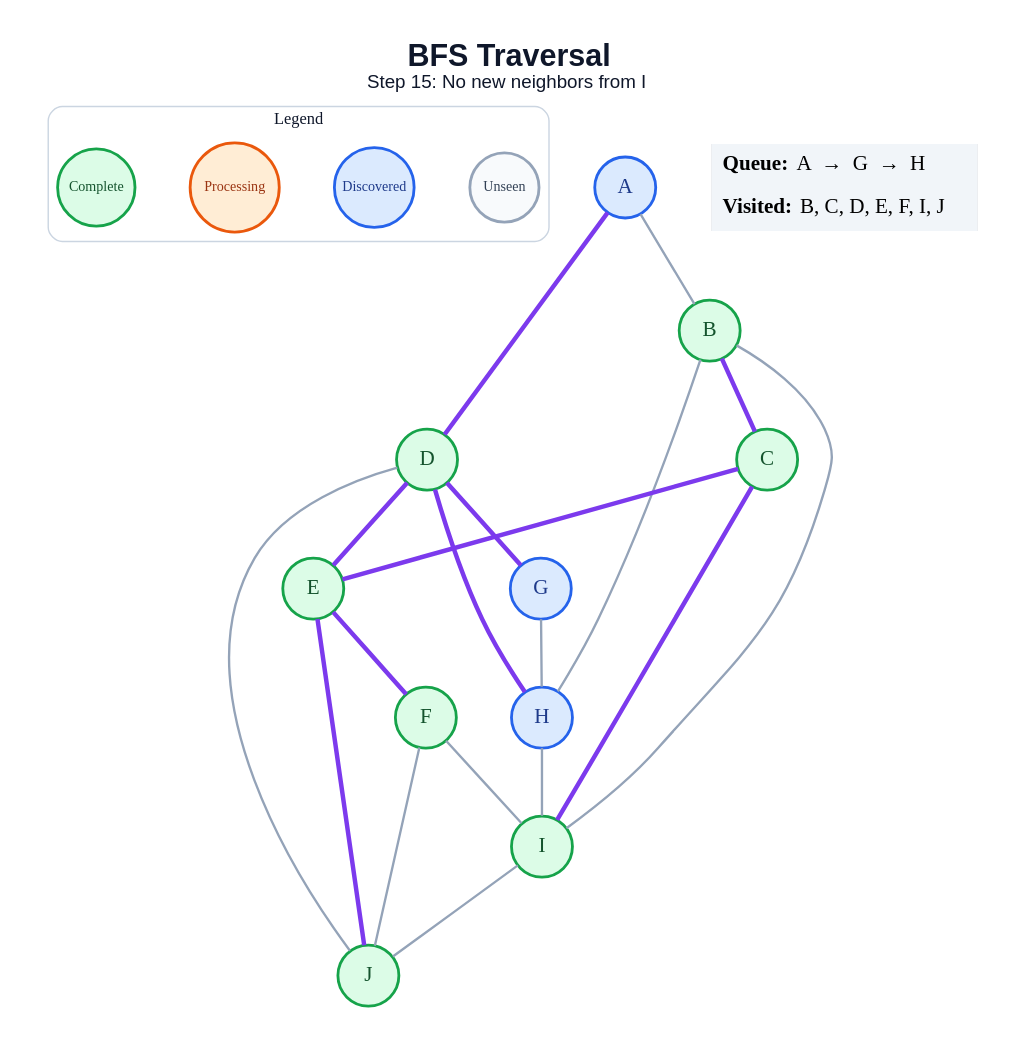
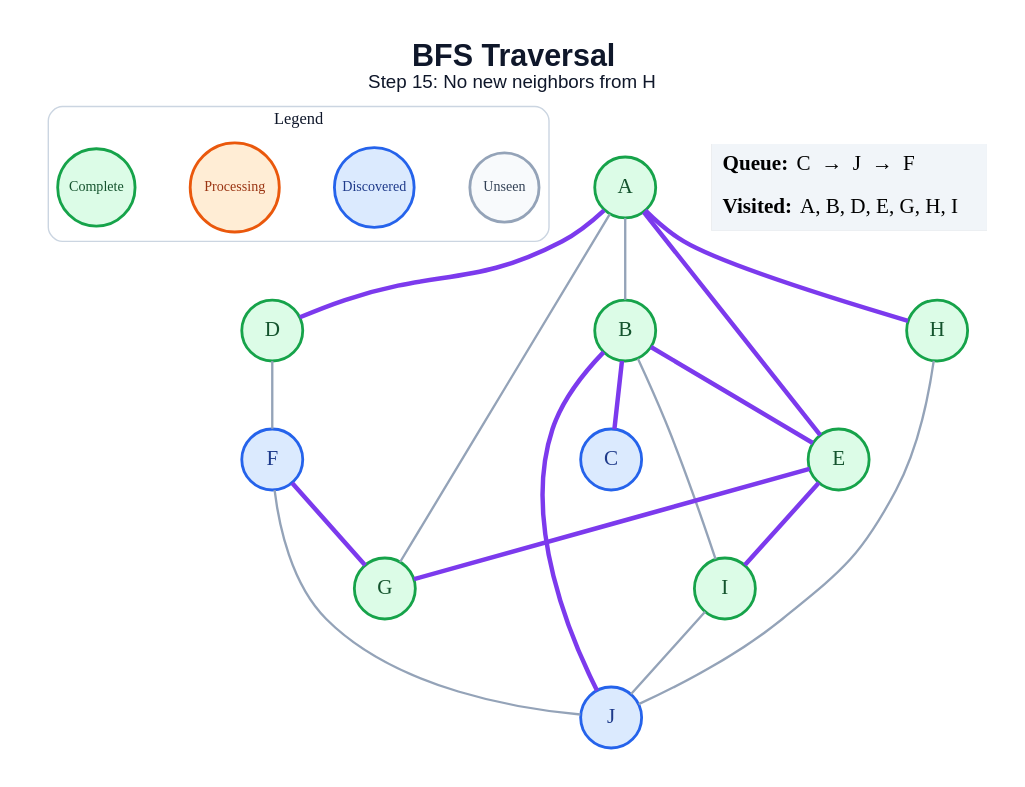
One commit to amanghodawala9/ai-slop changed the diagram in generated/specific-node/bfs/step_15.dot. Above: the diagram before and after it, drawn with Graphviz. The commit also changed 178 other files, not shown here.

```diff
--- a/generated/specific-node/bfs/step_15.dot
+++ b/generated/specific-node/bfs/step_15.dot
@@ -1,47 +1,45 @@
 graph traversal {
   graph [layout=dot, rankdir=TB, bgcolor="#FFFFFF", pad="0.35", nodesep="0.65", ranksep="0.8", fontname="Arial"];
   node [shape=circle, style="filled", fontname="Arial Bold", fontsize=18, width=0.72, fixedsize=true, penwidth=2.4];
   edge [color="#94A3B8", penwidth=2.0];
-  label=<<B>BFS Traversal</B><BR/><FONT POINT-SIZE="16">Step 15: No new neighbors from I</FONT>>; labelloc="t"; fontsize=26; fontname="Arial"; fontcolor="#0F172A";
+  label=<<B>BFS Traversal</B><BR/><FONT POINT-SIZE="16">Step 15: No new neighbors from H</FONT>>; labelloc="t"; fontsize=26; fontname="Arial"; fontcolor="#0F172A";
   subgraph cluster_legend { label="Legend"; color="#CBD5E1"; penwidth=1.2; style="rounded"; fontsize=14; fontname="Arial Bold";
     key_unseen [label="Unseen", fillcolor="#F8FAFC", color="#94A3B8", fontcolor="#334155", fontsize=12, width=0.82];
     key_frontier [label="Discovered", fillcolor="#DBEAFE", color="#2563EB", fontcolor="#1E3A8A", fontsize=12, width=0.95];
     key_current [label="Processing", fillcolor="#FFEDD5", color="#EA580C", fontcolor="#9A3412", fontsize=12, width=1.05];
     key_done [label="Complete", fillcolor="#DCFCE7", color="#16A34A", fontcolor="#14532D", fontsize=12, width=0.92];
     { rank=same; key_unseen; key_frontier; key_current; key_done; }
   }
-  A [fillcolor="#DBEAFE", color="#2563EB", fontcolor="#1E3A8A"];
+  A [fillcolor="#DCFCE7", color="#16A34A", fontcolor="#14532D"];
   B [fillcolor="#DCFCE7", color="#16A34A", fontcolor="#14532D"];
-  C [fillcolor="#DCFCE7", color="#16A34A", fontcolor="#14532D"];
+  C [fillcolor="#DBEAFE", color="#2563EB", fontcolor="#1E3A8A"];
   D [fillcolor="#DCFCE7", color="#16A34A", fontcolor="#14532D"];
   E [fillcolor="#DCFCE7", color="#16A34A", fontcolor="#14532D"];
-  F [fillcolor="#DCFCE7", color="#16A34A", fontcolor="#14532D"];
-  G [fillcolor="#DBEAFE", color="#2563EB", fontcolor="#1E3A8A"];
-  H [fillcolor="#DBEAFE", color="#2563EB", fontcolor="#1E3A8A"];
+  F [fillcolor="#DBEAFE", color="#2563EB", fontcolor="#1E3A8A"];
+  G [fillcolor="#DCFCE7", color="#16A34A", fontcolor="#14532D"];
+  H [fillcolor="#DCFCE7", color="#16A34A", fontcolor="#14532D"];
   I [fillcolor="#DCFCE7", color="#16A34A", fontcolor="#14532D"];
-  J [fillcolor="#DCFCE7", color="#16A34A", fontcolor="#14532D"];
+  J [fillcolor="#DBEAFE", color="#2563EB", fontcolor="#1E3A8A"];
   A -- B;
   A -- D [color="#7C3AED", penwidth=3.8];
+  A -- E [color="#7C3AED", penwidth=3.8];
+  A -- G;
+  A -- H [color="#7C3AED", penwidth=3.8];
   B -- C [color="#7C3AED", penwidth=3.8];
-  B -- H;
+  B -- E [color="#7C3AED", penwidth=3.8];
   B -- I;
-  C -- E [color="#7C3AED", penwidth=3.8];
-  C -- I [color="#7C3AED", penwidth=3.8];
-  D -- E [color="#7C3AED", penwidth=3.8];
-  D -- G [color="#7C3AED", penwidth=3.8];
-  D -- H [color="#7C3AED", penwidth=3.8];
-  D -- J;
-  E -- F [color="#7C3AED", penwidth=3.8];
-  E -- J [color="#7C3AED", penwidth=3.8];
-  F -- I;
+  B -- J [color="#7C3AED", penwidth=3.8];
+  D -- F;
+  E -- G [color="#7C3AED", penwidth=3.8];
+  E -- I [color="#7C3AED", penwidth=3.8];
+  F -- G [color="#7C3AED", penwidth=3.8];
   F -- J;
-  G -- H;
-  H -- I;
+  H -- J;
   I -- J;
   status [shape=plain, fixedsize=false, width=0, height=0, margin=0, label=<
     <TABLE BORDER="0" CELLBORDER="0" CELLPADDING="7" BGCOLOR="#F1F5F9">
-      <TR><TD ALIGN="LEFT"><B>Queue:</B> A  →  G  →  H</TD></TR>
-      <TR><TD ALIGN="LEFT"><B>Visited:</B> B, C, D, E, F, I, J</TD></TR>
+      <TR><TD ALIGN="LEFT"><B>Queue:</B> C  →  J  →  F</TD></TR>
+      <TR><TD ALIGN="LEFT"><B>Visited:</B> A, B, D, E, G, H, I</TD></TR>
     </TABLE>
   >];
 }
```
